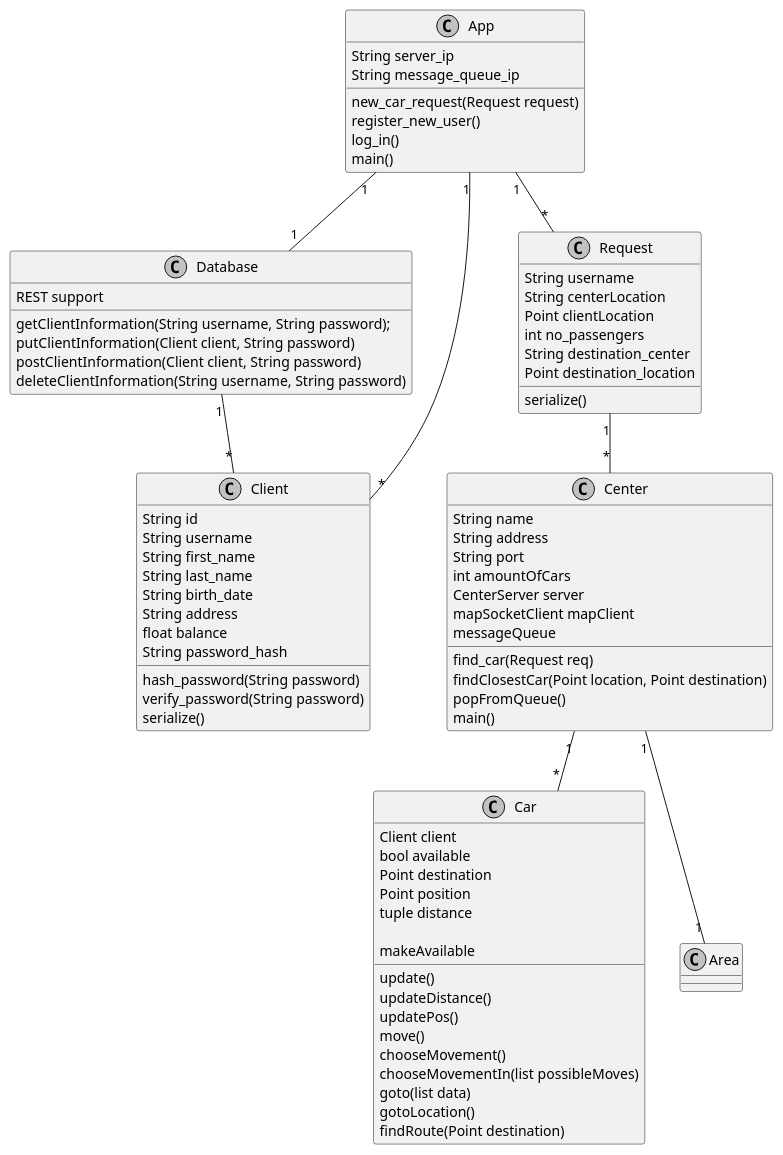
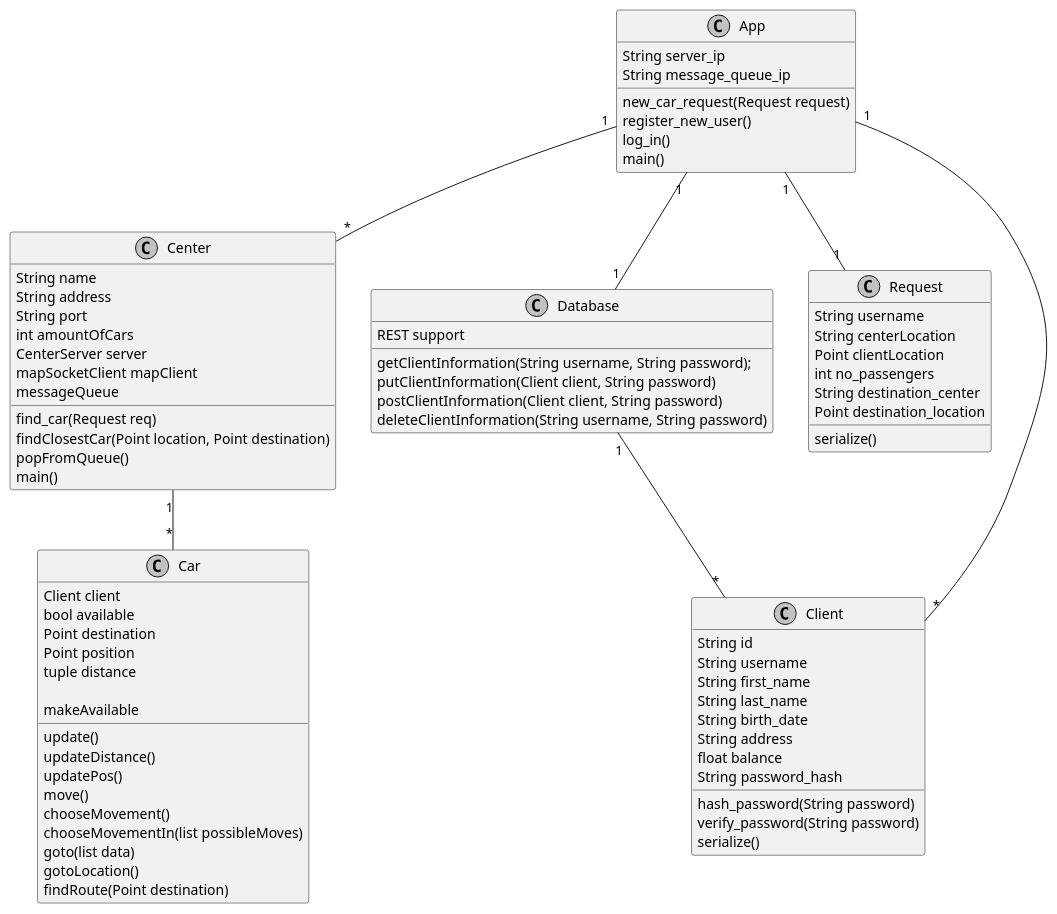
The diagram in Diagrams/classDiagram.org (TwanSchoonen/Networking2018), drawn with PlantUML before and after one commit. The commit also changed 4 other files, not shown here.

Commit message:
class diagram updates

```diff
--- a/Diagrams/classDiagram.org
+++ b/Diagrams/classDiagram.org
@@ -86,10 +86,9 @@
 }
 
 App "1" -- "*" Client
-App "1" -- "*" Request
-Request "1" -- "*" Center
+App "1" -- "1" Request
+App "1" -- "*" Center
 Center "1" -- "*" Car
-Center "1" -- "1" Area
 App "1" -- "1" Database
 Database "1" -- "*" Client
 
```
